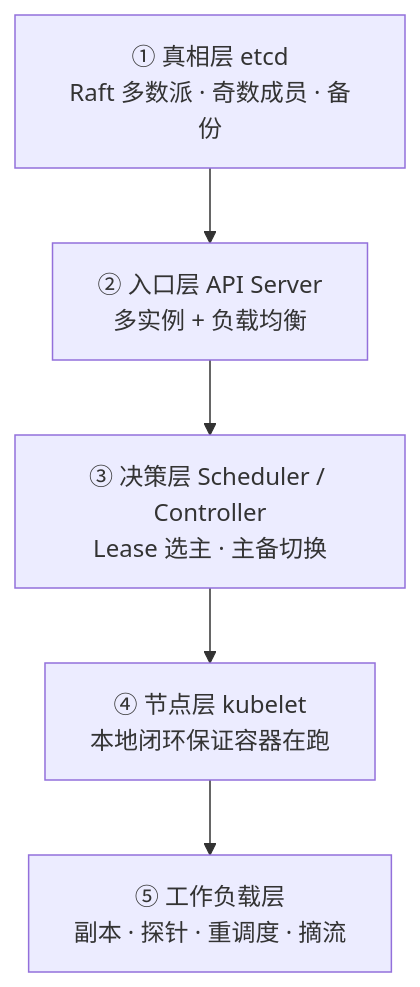
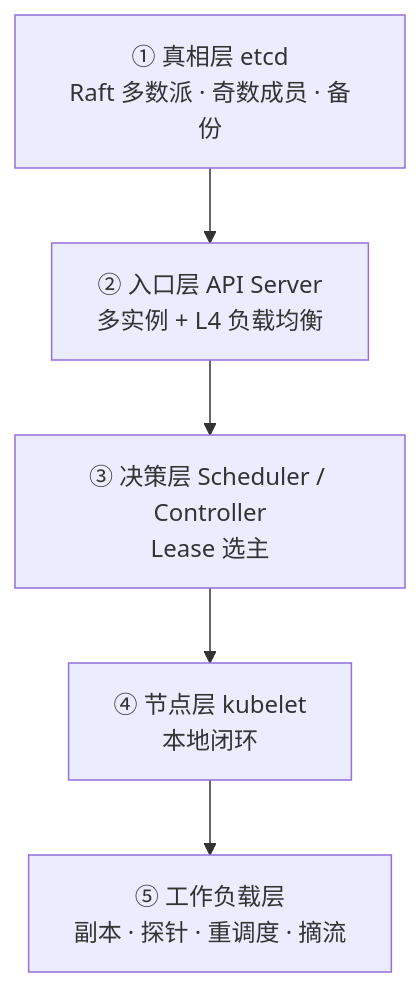
The third of 3 diagrams in kubernetes-design-philosophy.md (xiaxinyu/knowledge_base), drawn with Mermaid before and after one commit. The commit also changed other lines of this file, not shown here.

````diff
--- a/kubernetes-design-philosophy.md
+++ b/kubernetes-design-philosophy.md
@@ -346,10 +354,10 @@
 ```mermaid
 flowchart TB
   L1["① 真相层 etcd<br/>Raft 多数派 · 奇数成员 · 备份"]
-  L2["② 入口层 API Server<br/>多实例 + 负载均衡"]
-  L3["③ 决策层 Scheduler / Controller<br/>Lease 选主 · 主备切换"]
-  L4["④ 节点层 kubelet<br/>本地闭环保证容器在跑"]
+  L2["② 入口层 API Server<br/>多实例 + L4 负载均衡"]
+  L3["③ 决策层 Scheduler / Controller<br/>Lease 选主"]
+  L4["④ 节点层 kubelet<br/>本地闭环"]
   L5["⑤ 工作负载层<br/>副本 · 探针 · 重调度 · 摘流"]
 
   L1 --> L2 --> L3 --> L4 --> L5
 ```
````
